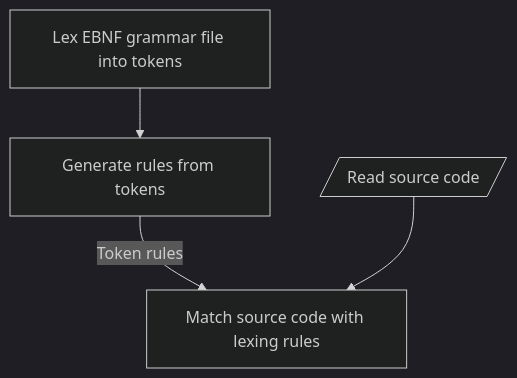
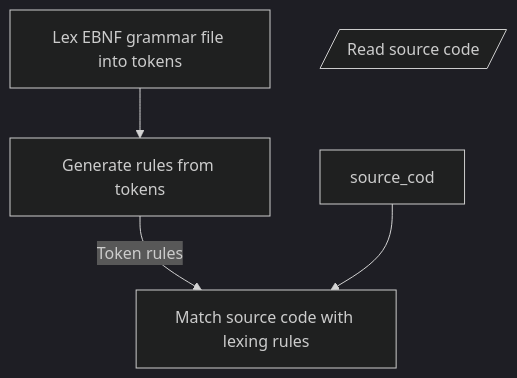
Before and after one commit to abelvandenbussche/compiler: the second of 2 diagrams in docs/working.md, drawn with Mermaid (dark theme).

Commit message:
Spelling fix

````diff
--- a/docs/working.md
+++ b/docs/working.md
@@ -31,13 +31,13 @@
 ```mermaid 
 flowchart TD
 
 lexing[Lex EBNF grammar file into tokens]
 rule_gen[Generate rules from tokens]
 
 source_code[/Read source code/]
 rule_matching[Match source code with lexing rules]
 
 lexing --> rule_gen
 rule_gen --> |Token rules| rule_matching
-source_code --> rule_matching
+source_cod --> rule_matching
 ``` 
````
